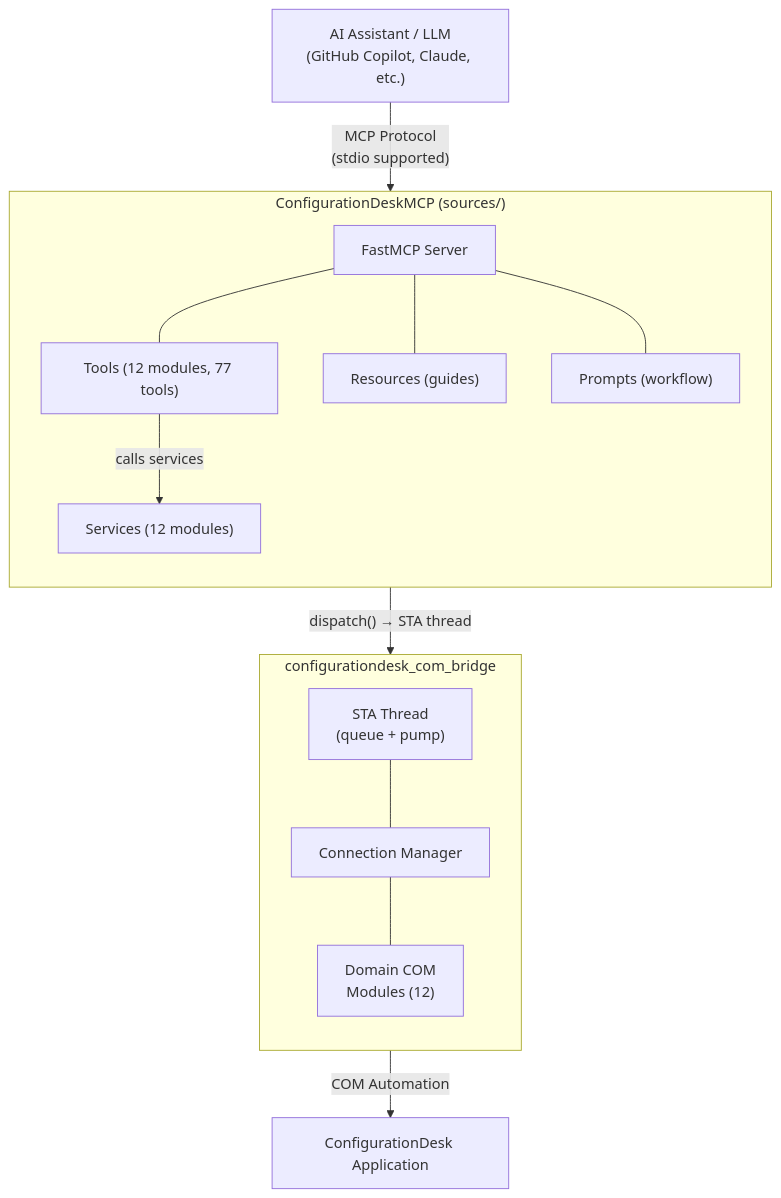
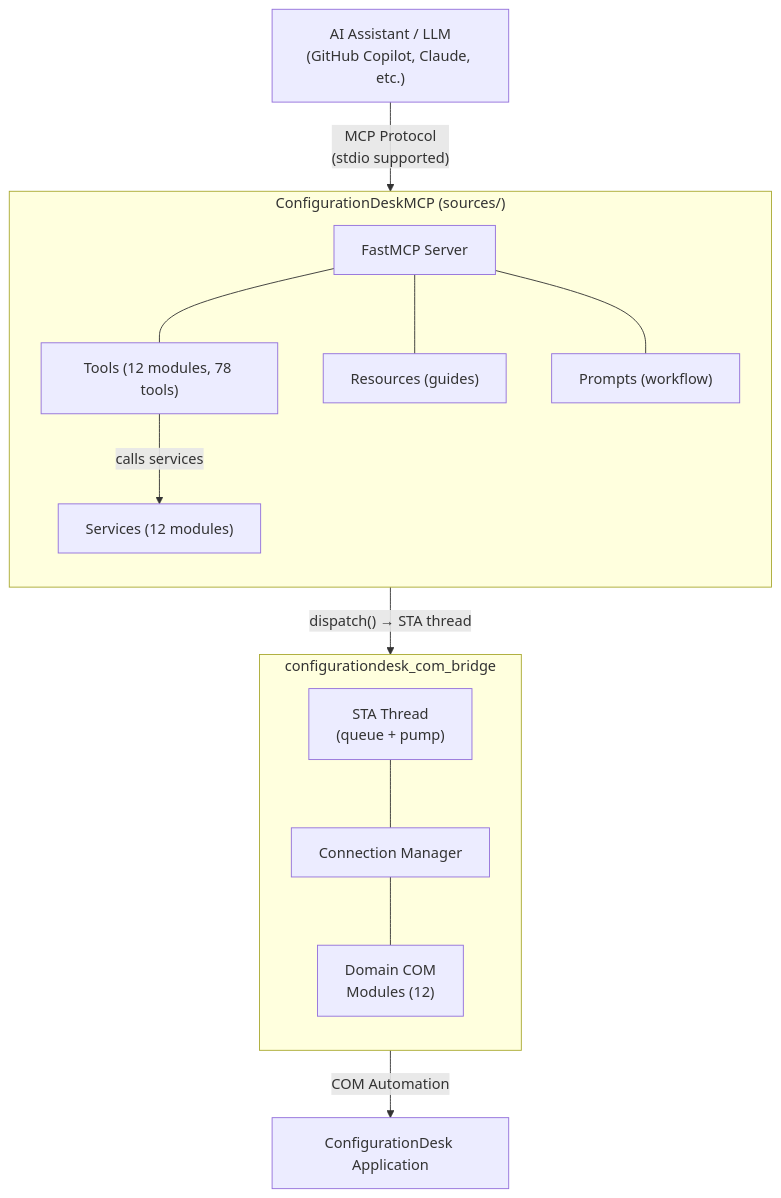
The first of 2 diagrams in ARCHITECTURE.md (dspace-group/ConfigurationDeskBusManagerMCP), drawn with Mermaid before and after one commit. The commit also changed other lines of this file and 33 other files, not shown here.

````diff
--- a/ARCHITECTURE.md
+++ b/ARCHITECTURE.md
@@ -20,27 +20,27 @@
 ```mermaid
 flowchart TB
     LLM["AI Assistant / LLM\n(GitHub Copilot, Claude, etc.)"]
     LLM -->|"MCP Protocol\n(stdio supported)"| Server
 
     subgraph MCP["ConfigurationDeskMCP  (sources/)"]
         direction TB
         Server["FastMCP Server"]
-        Tools["Tools (12 modules, 77 tools)"]
+        Tools["Tools (12 modules, 78 tools)"]
         Resources["Resources (guides)"]
         Prompts["Prompts (workflow)"]
         Services["Services (12 modules)"]
         Server --- Tools & Resources & Prompts
         Tools -->|"calls services"| Services
     end
 
     subgraph Bridge["configurationdesk_com_bridge"]
         direction TB
         STA["STA Thread\n(queue + pump)"]
         Conn["Connection Manager"]
         Domains["Domain COM\nModules (12)"]
         STA --- Conn --- Domains
     end
 
     Services -->|"dispatch() → STA thread"| Bridge
     Bridge -->|"COM Automation"| CD["ConfigurationDesk Application"]
 ```
````
